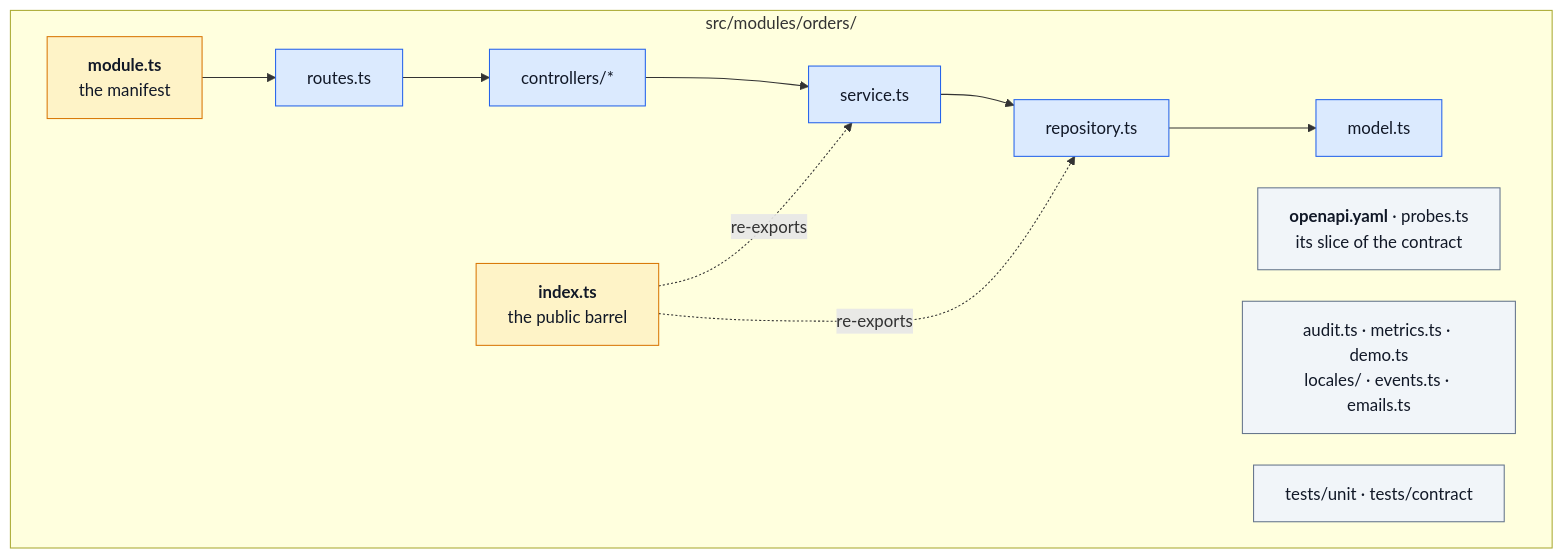
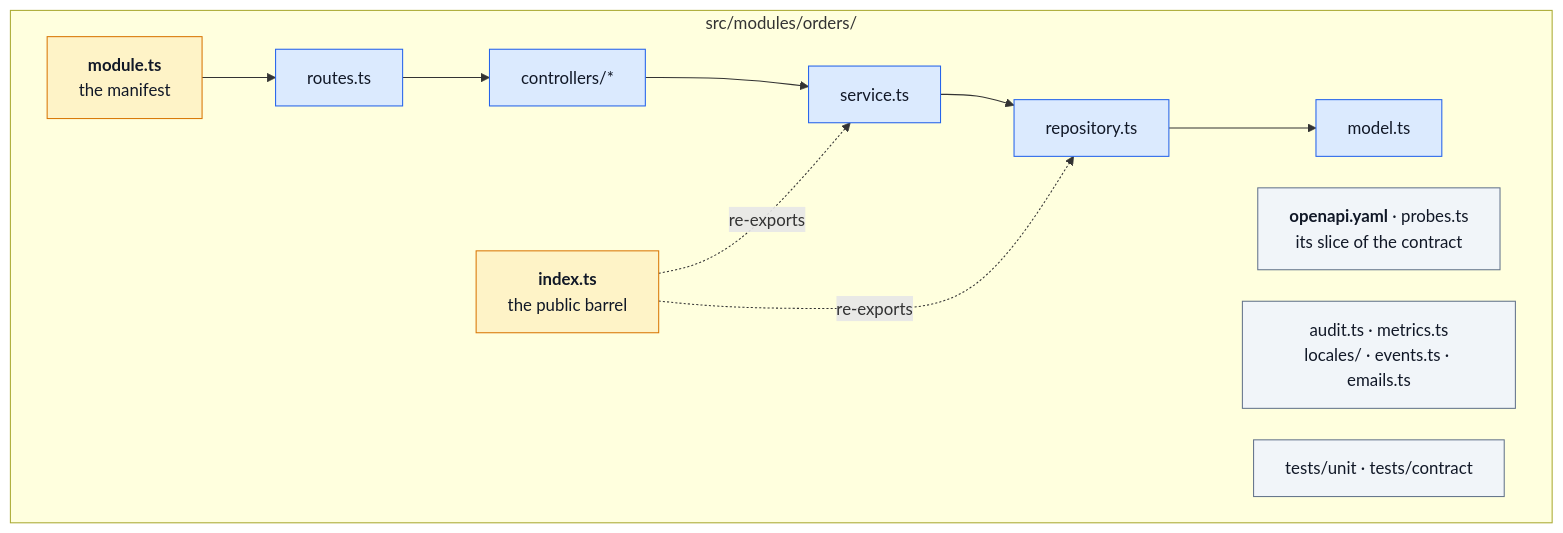
Before and after one commit to Guebbit/boilerplate-node-backend: the fourth of 8 diagrams in docs/theory/modules.md, drawn with Mermaid. The commit also changed other lines of this file and 163 other files, not shown here.

````diff
--- a/docs/theory/modules.md
+++ b/docs/theory/modules.md
@@ -232,31 +232,31 @@
 ```mermaid
 %%{init: {'flowchart': {'nodeSpacing': 30, 'rankSpacing': 45}}}%%
 flowchart TD
     subgraph MOD["src/modules/orders/"]
         IDX["<b>index.ts</b><br/>the public barrel"]
         MAN["<b>module.ts</b><br/>the manifest"]
         RT["routes.ts"]
         CT["controllers/*"]
         SV["service.ts"]
         RP["repository.ts"]
         MD["model.ts"]
         CN["<b>openapi.yaml</b> · probes.ts<br/>its slice of the contract"]
-        EX["audit.ts · metrics.ts · demo.ts<br/>locales/ · events.ts · emails.ts"]
+        EX["audit.ts · metrics.ts<br/>locales/ · events.ts · emails.ts"]
         TS["tests/unit · tests/contract"]
     end
 
     MAN --> RT
     RT --> CT
     CT --> SV
     SV --> RP
     RP --> MD
     IDX -.->|re-exports| SV
     IDX -.->|re-exports| RP
 
     classDef front fill:#fef3c7,stroke:#d97706,color:#111827;
     classDef layer fill:#dbeafe,stroke:#2563eb,color:#111827;
     classDef side fill:#f1f5f9,stroke:#64748b,color:#111827;
     class IDX,MAN front;
     class RT,CT,SV,RP,MD layer;
     class CN,EX,TS side;
 ```
````
